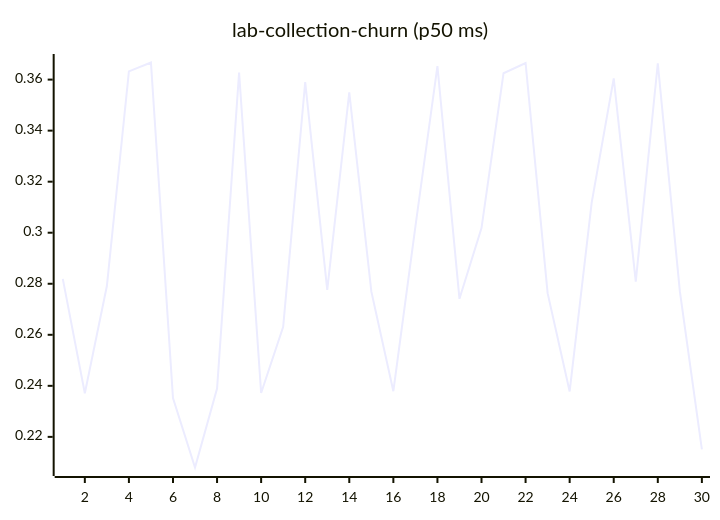
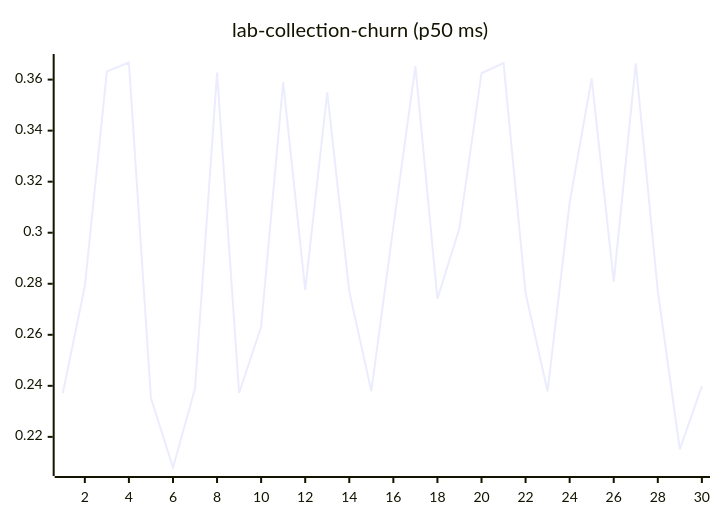
Before and after one commit to josha/Facet: diagram 11 of 27 in README.md, drawn with Mermaid. The commit also changed other lines of this file and 2 other files, not shown here.

````diff
--- a/README.md
+++ b/README.md
@@ -133,6 +133,6 @@
 ```mermaid
 xychart-beta
     title "lab-collection-churn (p50 ms)"
     x-axis 1 --> 30
-    line [0.2819, 0.2371, 0.2791, 0.3632, 0.3667, 0.2352, 0.2080, 0.2389, 0.3628, 0.2372, 0.2631, 0.3590, 0.2776, 0.3550, 0.2770, 0.2379, 0.3024, 0.3653, 0.2741, 0.3018, 0.3625, 0.3665, 0.2763, 0.2378, 0.3118, 0.3605, 0.2808, 0.3664, 0.2771, 0.2151]
+    line [0.2371, 0.2791, 0.3632, 0.3667, 0.2352, 0.2080, 0.2389, 0.3628, 0.2372, 0.2631, 0.3590, 0.2776, 0.3550, 0.2770, 0.2379, 0.3024, 0.3653, 0.2741, 0.3018, 0.3625, 0.3665, 0.2763, 0.2378, 0.3118, 0.3605, 0.2808, 0.3664, 0.2771, 0.2151, 0.2399]
 ```
````
